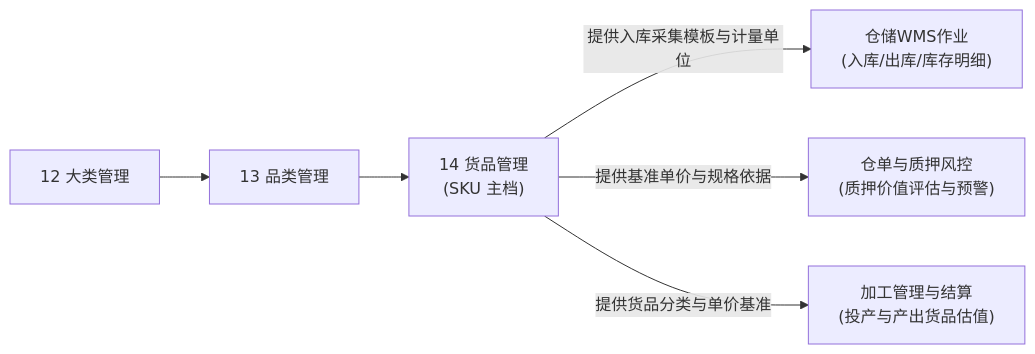
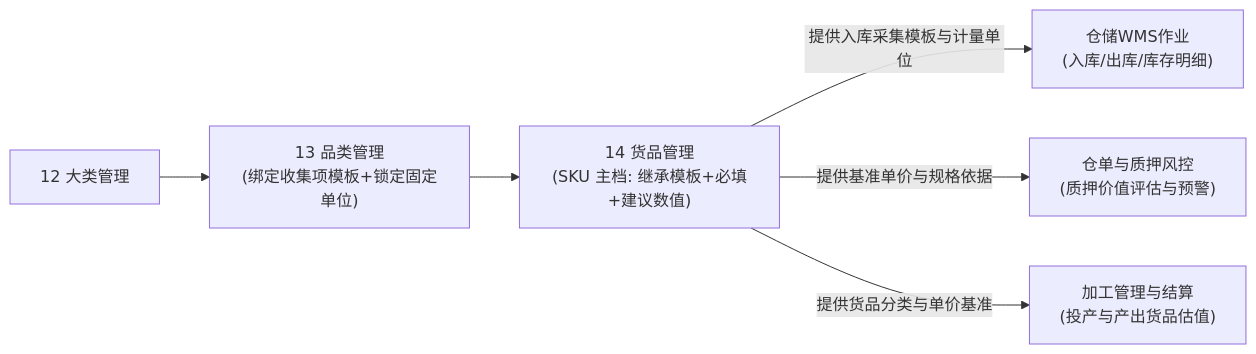
One commit to RobertHuang999/SYZC changed the diagram in 02-PRD文档/B-迭代需求/6.3版本（2026.09）/04-货品规格管理-货品管理/货品管理主PRD.md. Above: the diagram before and after it, drawn with Mermaid. The commit also changed other lines of this file and 267 other files, not shown here.

````diff
--- a/02-PRD文档/B-迭代需求/6.3版本（2026.09）/04-货品规格管理-货品管理/货品管理主PRD.md
+++ b/02-PRD文档/B-迭代需求/6.3版本（2026.09）/04-货品规格管理-货品管理/货品管理主PRD.md
@@ -25,8 +25,8 @@
 ```mermaid
 flowchart LR
-    A["12 大类管理"] --> B["13 品类管理"]
-    B --> C["14 货品管理<br/>(SKU 主档)"]
+    A["12 大类管理"] --> B["13 品类管理<br/>(绑定收集项模板+锁定固定单位)"]
+    B --> C["14 货品管理<br/>(SKU 主档: 继承模板+必填+建议数值)"]
     C -->|提供入库采集模板与计量单位| D["仓储WMS作业<br/>(入库/出库/库存明细)"]
     C -->|提供基准单价与规格依据| E["仓单与质押风控<br/>(质押价值评估与预警)"]
     C -->|提供货品分类与单价基准| F["加工管理与结算<br/>(投产与产出货品估值)"]
 ```
````
